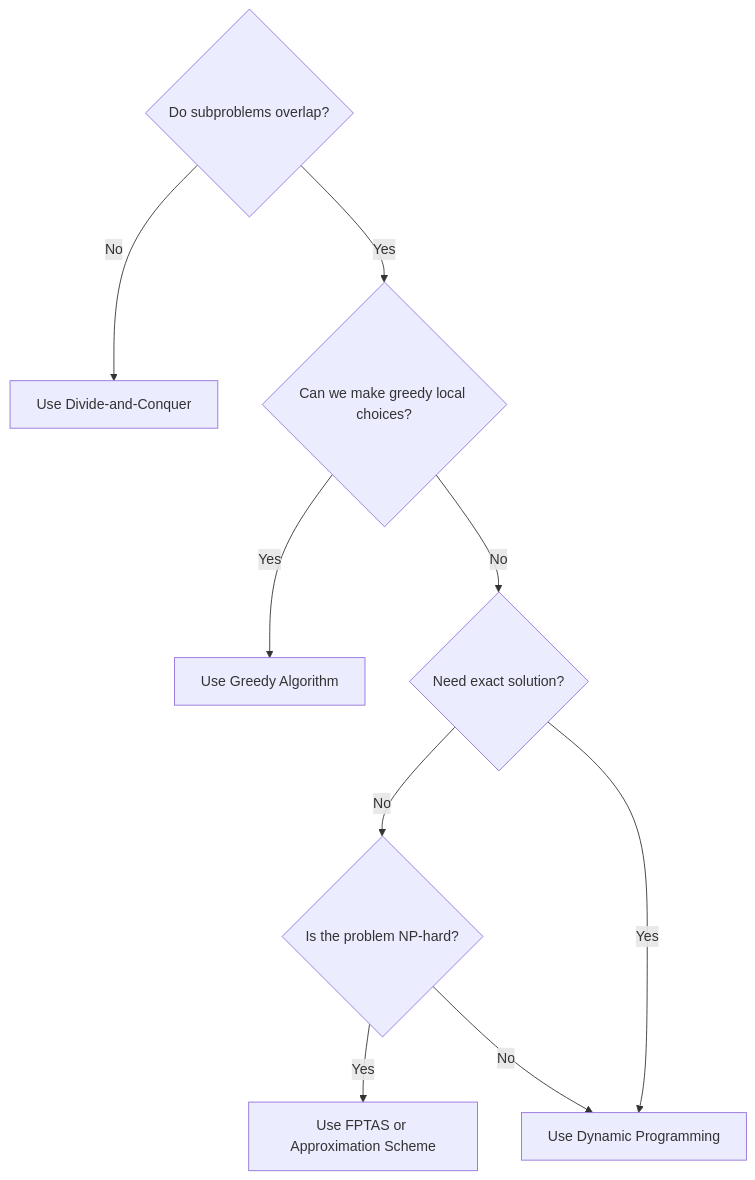
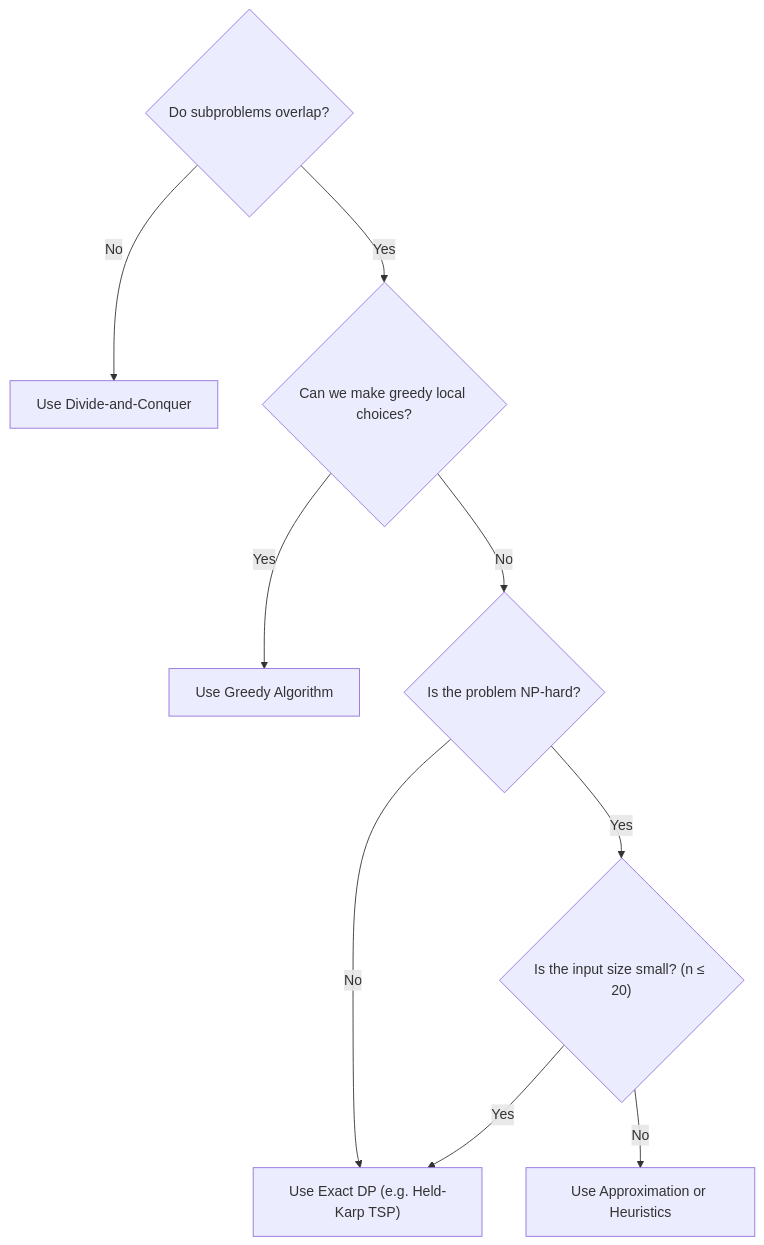
The tenth of 10 diagrams in Chapter 8 - Dynamic Programming/README.md (M-F-Tushar/CSE-2201-2202-Algorithm-Design-and-Analysis-Sessional), drawn with Mermaid before and after one commit. The commit also changed other lines of this file, not shown here.

Commit message:
fix mermaind diagram

````diff
--- a/Chapter 8 - Dynamic Programming/README.md
+++ b/Chapter 8 - Dynamic Programming/README.md
@@ -1011,11 +938,11 @@
 ```mermaid
 graph TD
     Q1{"Do subproblems overlap?"} -->|No| DIV["Use Divide-and-Conquer"]
     Q1 -->|Yes| Q2{"Can we make greedy local choices?"}
     Q2 -->|Yes| GRD["Use Greedy Algorithm"]
-    Q2 -->|No| Q3{"Need exact solution?"}
-    Q3 -->|No| Q4{"Is the problem NP-hard?"}
-    Q4 -->|Yes| APP["Use FPTAS or Approximation Scheme"]
-    Q4 -->|No| DP["Use Dynamic Programming"]
-    Q3 -->|Yes| DP
+    Q2 -->|No| Q3{"Is the problem NP-hard?"}
+    Q3 -->|Yes| Q4{"Is the input size small? (n ≤ 20)"}
+    Q4 -->|Yes| DP["Use Exact DP (e.g. Held-Karp TSP)"]
+    Q4 -->|No| APP["Use Approximation or Heuristics"]
+    Q3 -->|No| DP
 ```
````
